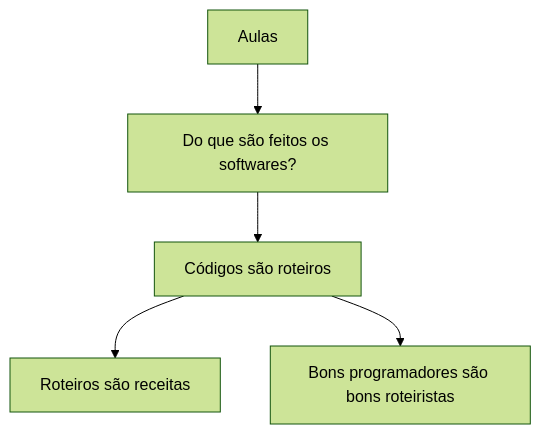
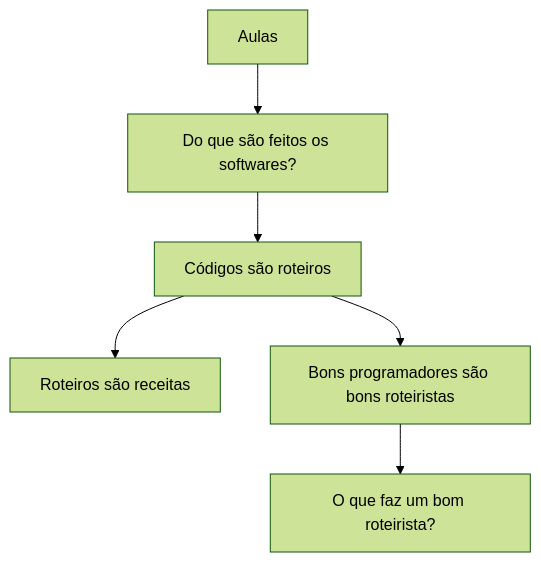
The diagram in aulas/README.md (laerciogermano/workstation), drawn with Mermaid (forest theme) before and after one commit. The commit also changed other lines of this file and 4 other files, not shown here.

Commit message:
Adiciona seção O que faz um bom roteirista? sob Bons programadores são bons roteiristas.

````diff
--- a/aulas/README.md
+++ b/aulas/README.md
@@ -5,12 +5,14 @@
 ```mermaid
 flowchart TD
   A[Aulas]
   B[Do que são feitos os softwares?]
   C[Códigos são roteiros]
   D[Roteiros são receitas]
   E[Bons programadores são bons roteiristas]
+  F[O que faz um bom roteirista?]
   A --> B
   B --> C
   C --> D
   C --> E
+  E --> F
 ```
````
